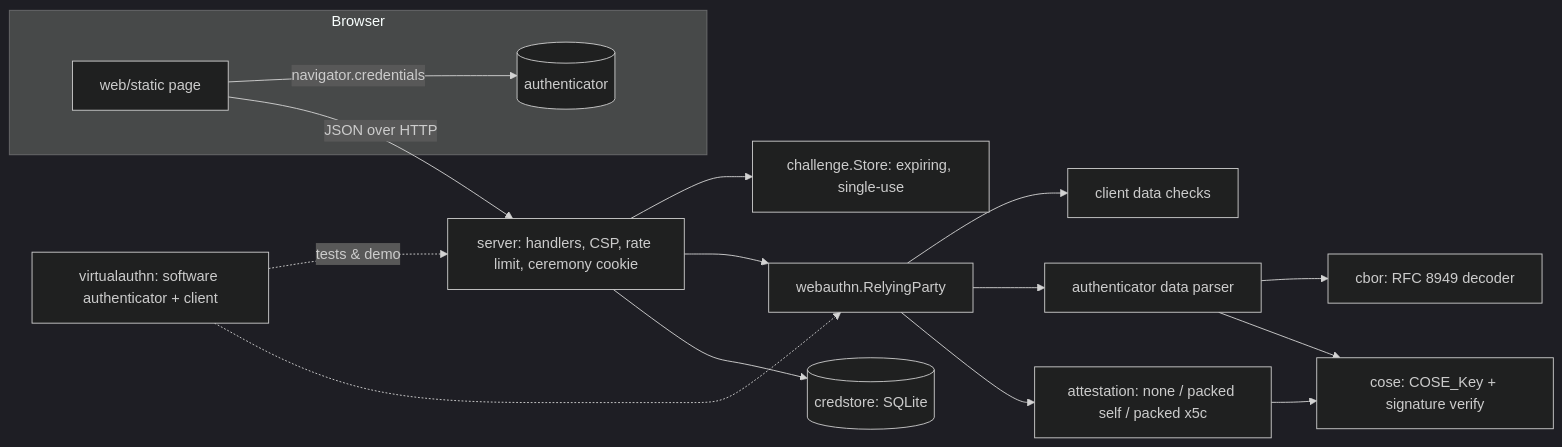
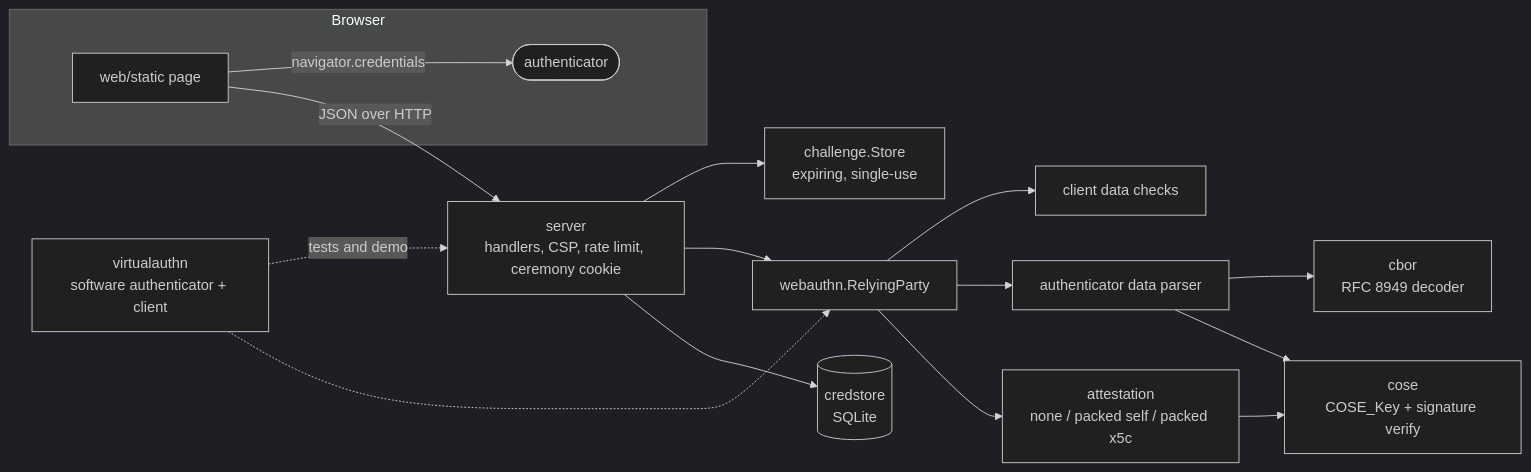
The diagram in README.md (SlateGitOrg/passkeyd), drawn with Mermaid (dark theme) before and after one commit. The commit also changed other lines of this file and 1 other file, not shown here.

````diff
--- a/README.md
+++ b/README.md
@@ -42,18 +51,18 @@
 ```mermaid
 flowchart LR
   subgraph Browser
-    P[web/static page] -->|navigator.credentials| A[(authenticator)]
+    P["web/static page"] -->|"navigator.credentials"| A(["authenticator"])
   end
-  P -- JSON over HTTP --> S[server: handlers, CSP, rate limit, ceremony cookie]
-  S --> CH[challenge.Store: expiring, single-use]
-  S --> RP[webauthn.RelyingParty]
-  S --> DB[(credstore: SQLite)]
-  RP --> CD[client data checks]
-  RP --> AD[authenticator data parser]
-  RP --> AT[attestation: none / packed self / packed x5c]
-  AD --> CB[cbor: RFC 8949 decoder]
-  AT --> CO[cose: COSE_Key + signature verify]
+  P -- "JSON over HTTP" --> S["server<br/>handlers, CSP, rate limit, ceremony cookie"]
+  S --> CH["challenge.Store<br/>expiring, single-use"]
+  S --> RP["webauthn.RelyingParty"]
+  S --> DB[("credstore<br/>SQLite")]
+  RP --> CD["client data checks"]
+  RP --> AD["authenticator data parser"]
+  RP --> AT["attestation<br/>none / packed self / packed x5c"]
+  AD --> CB["cbor<br/>RFC 8949 decoder"]
+  AT --> CO["cose<br/>COSE_Key + signature verify"]
   AD --> CO
-  VA[virtualauthn: software authenticator + client] -. tests & demo .-> S
+  VA["virtualauthn<br/>software authenticator + client"] -. "tests and demo" .-> S
   VA -.-> RP
 ```
````
